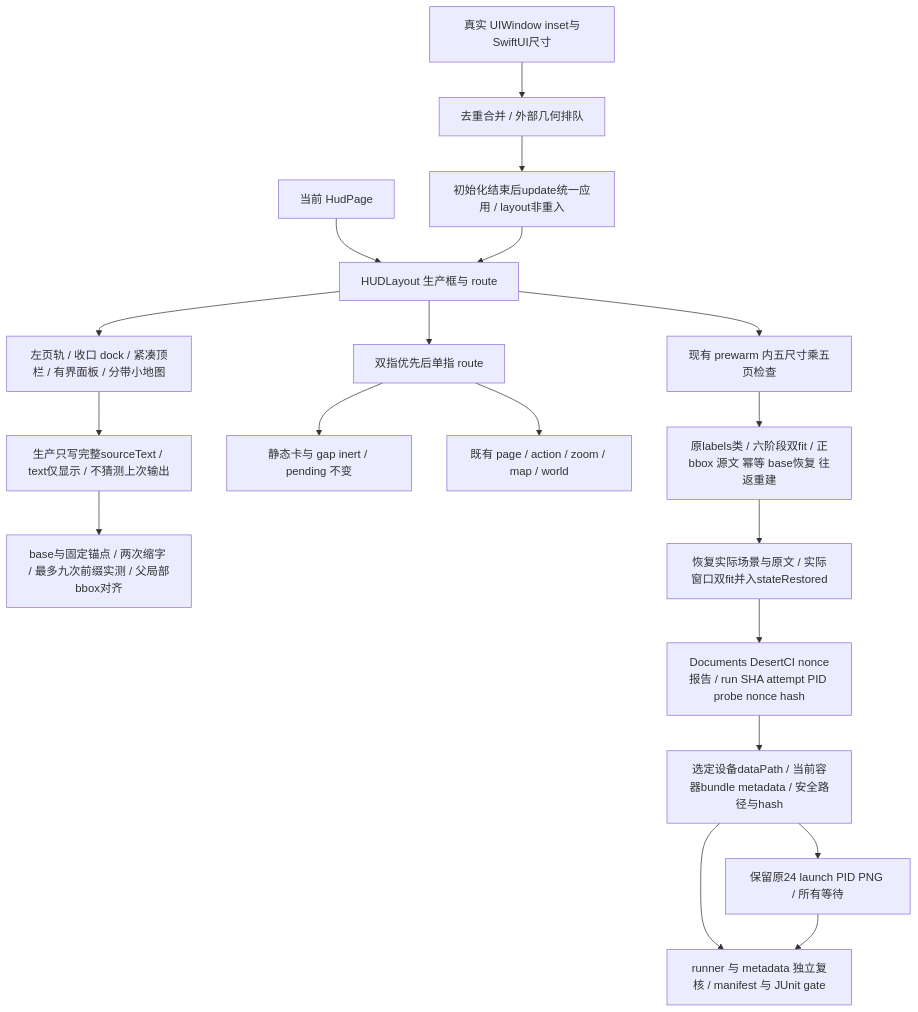
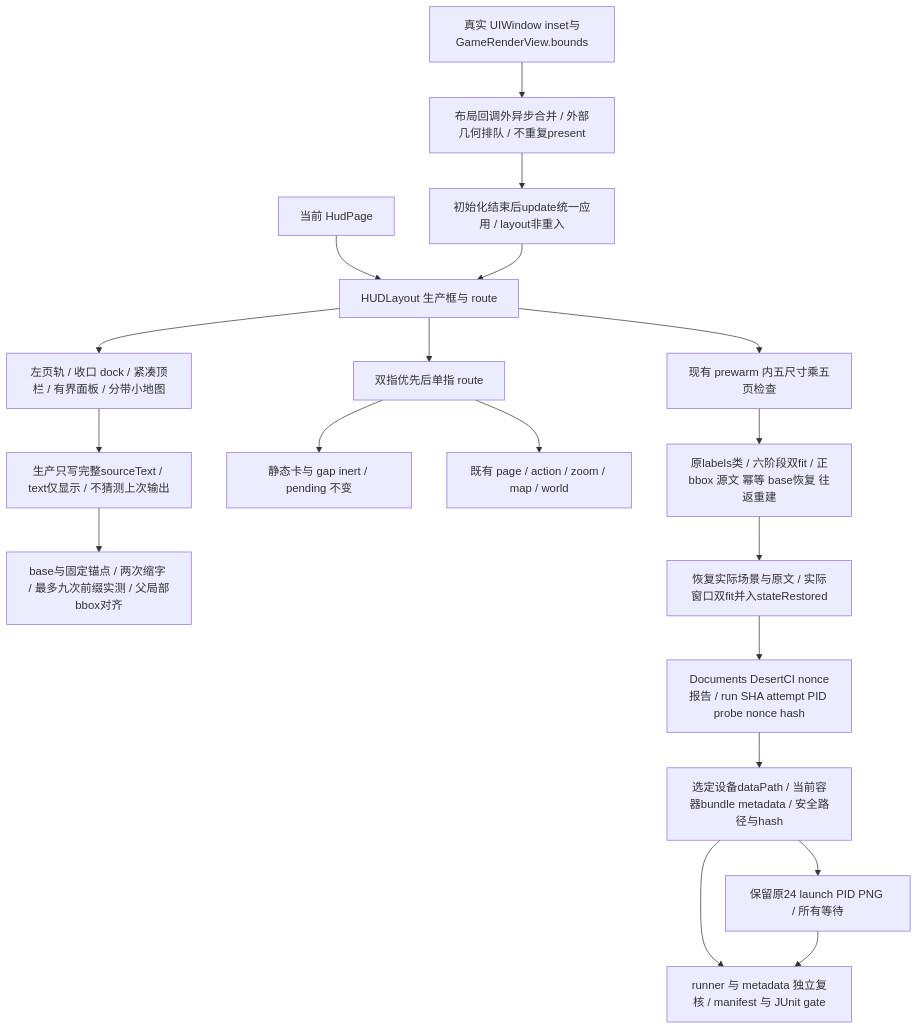
The fourth of 8 diagrams in md/flow/flowchart.md (Altman-sam114/1145), drawn with Mermaid before and after one commit. The commit also changed other lines of this file and 9 other files, not shown here.

````diff
--- a/md/flow/flowchart.md
+++ b/md/flow/flowchart.md
@@ -193,21 +193,21 @@
 ```mermaid
 flowchart TD
-  Window[真实 UIWindow inset与SwiftUI尺寸] --> Pending[去重合并 / 外部几何排队]
+  Window[真实 UIWindow inset与GameRenderView.bounds] --> Pending[布局回调外异步合并 / 外部几何排队 / 不重复present]
   Pending --> SceneInsets[初始化结束后update统一应用 / layout非重入]
   Page[当前 HudPage] --> Layout[HUDLayout 生产框与 route]
   SceneInsets --> Layout
   Layout --> Draw[左页轨 / 收口 dock / 紧凑顶栏 / 有界面板 / 分带小地图]
   Draw --> Source[生产只写完整sourceText / text仅显示 / 不猜测上次输出]
   Source --> Fit[base与固定锚点 / 两次缩字 / 最多九次前缀实测 / 父局部bbox对齐]
   Layout --> Touch[双指优先后单指 route]
   Touch --> Inert[静态卡与 gap inert / pending 不变]
   Touch --> Command[既有 page / action / zoom / map / world]
   Layout --> SwiftContract[现有 prewarm 内五尺寸乘五页检查]
   SwiftContract --> LabelAudit[原labels类 / 六阶段双fit / 正bbox 源文 幂等 base恢复 往返重建]
   LabelAudit --> Restore[恢复实际场景与原文 / 实际窗口双fit并入stateRestored]
   Restore --> JSON[Documents DesertCI nonce报告 / run SHA attempt PID probe nonce hash]
   JSON --> Read[选定设备dataPath / 当前容器bundle metadata / 安全路径与hash]
   Read --> Gate[runner 与 metadata 独立复核 / manifest 与 JUnit gate]
   Read --> Capture[保留原24 launch PID PNG / 所有等待]
   Capture --> Gate
 ```
````
